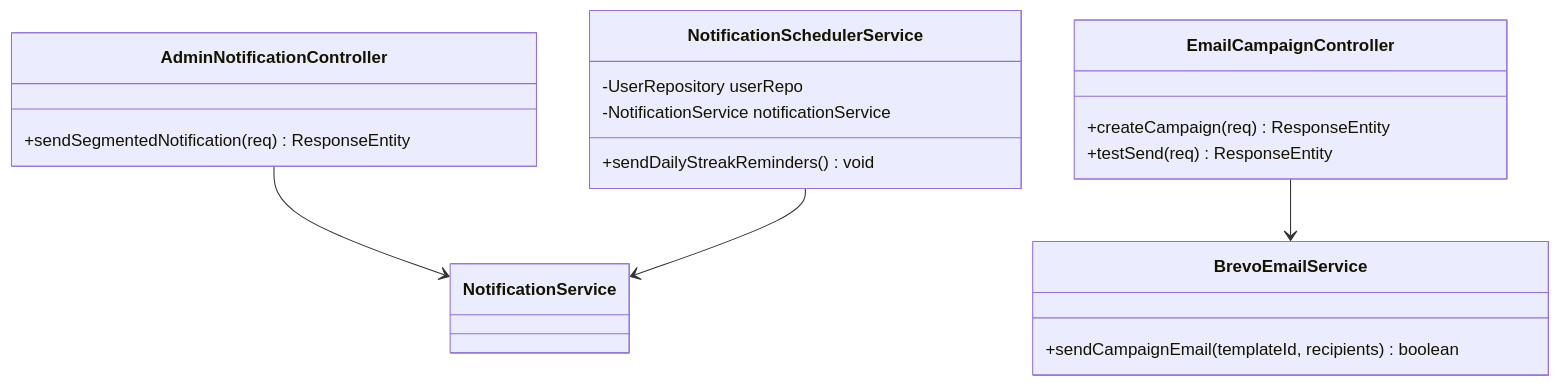
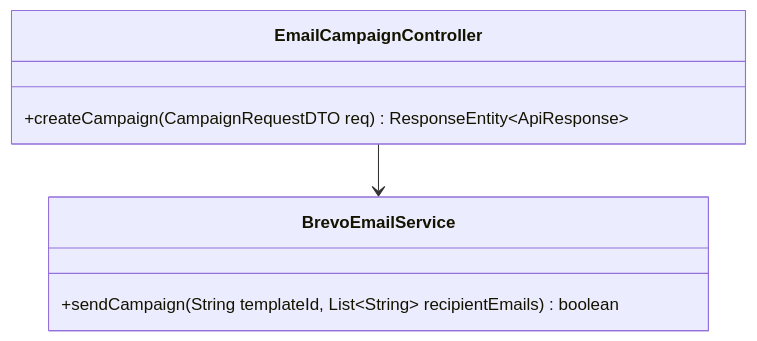
The first of 8 diagrams in docs/use-cases/UC-10-marketing-communication.md (The-MC-Hub/MC_Voice_Training_Backend), drawn with Mermaid before and after one commit. The commit also changed other lines of this file and 12 other files, not shown here.

Commit message:
docs(use-cases): fully expand all sub-use-cases across all 13 UC files with dedicated Class Diagrams, Sequence Diagrams, and Unit Tests

````diff
--- a/docs/use-cases/UC-10-marketing-communication.md
+++ b/docs/use-cases/UC-10-marketing-communication.md
@@ -27,25 +15,10 @@
 ```mermaid
 classDiagram
-    class AdminNotificationController {
-        +sendSegmentedNotification(req) ResponseEntity
+    class EmailCampaignController {
+        +createCampaign(CampaignRequestDTO req) ResponseEntity~ApiResponse~
     }
-
-    class EmailCampaignController {
-        +createCampaign(req) ResponseEntity
-        +testSend(req) ResponseEntity
+    class BrevoEmailService {
+        +sendCampaign(String templateId, List~String~ recipientEmails) boolean
     }
-
-    class NotificationSchedulerService {
-        -UserRepository userRepo
-        -NotificationService notificationService
-        +sendDailyStreakReminders() void
-    }
-
-    class BrevoEmailService {
-        +sendCampaignEmail(templateId, recipients) boolean
-    }
-
-    AdminNotificationController --> NotificationService
     EmailCampaignController --> BrevoEmailService
-    NotificationSchedulerService --> NotificationService
 ```
````
